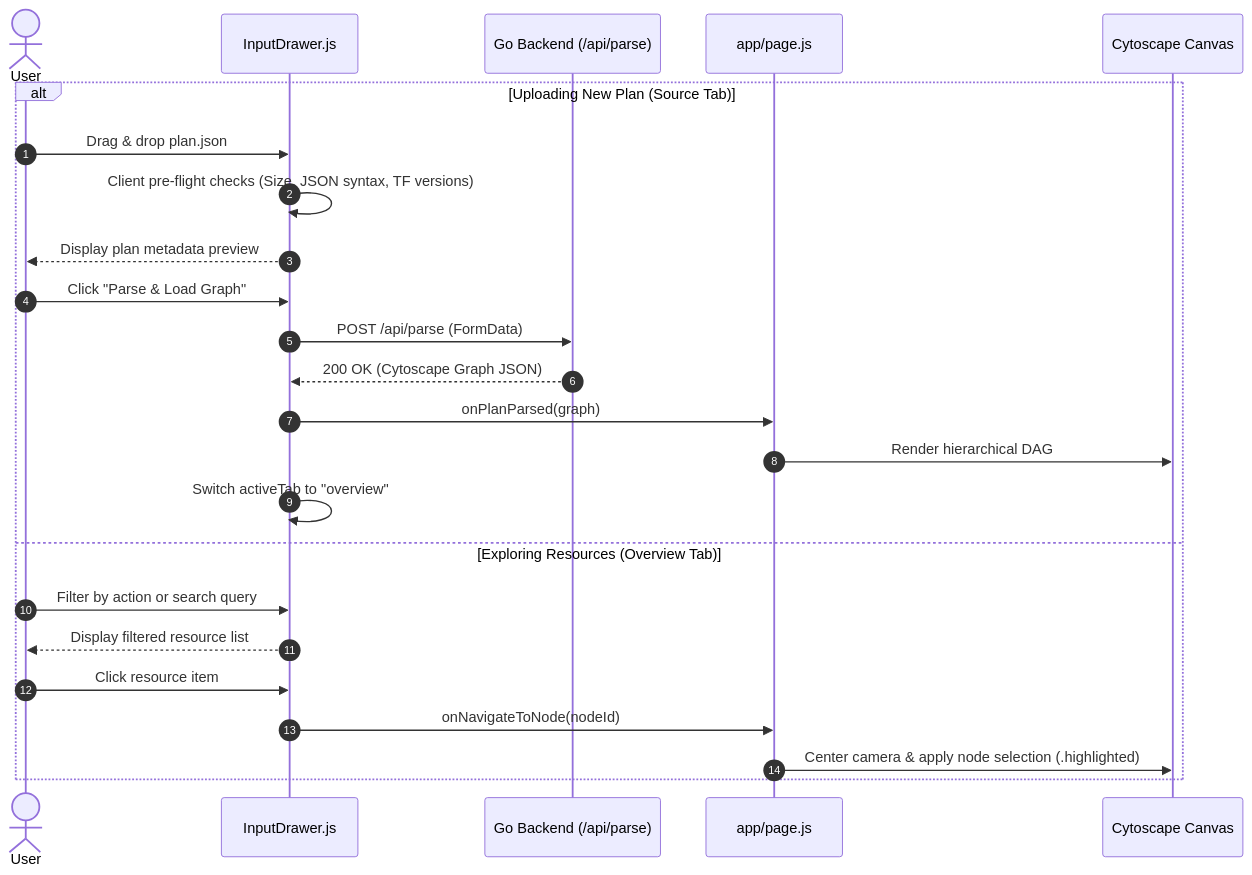
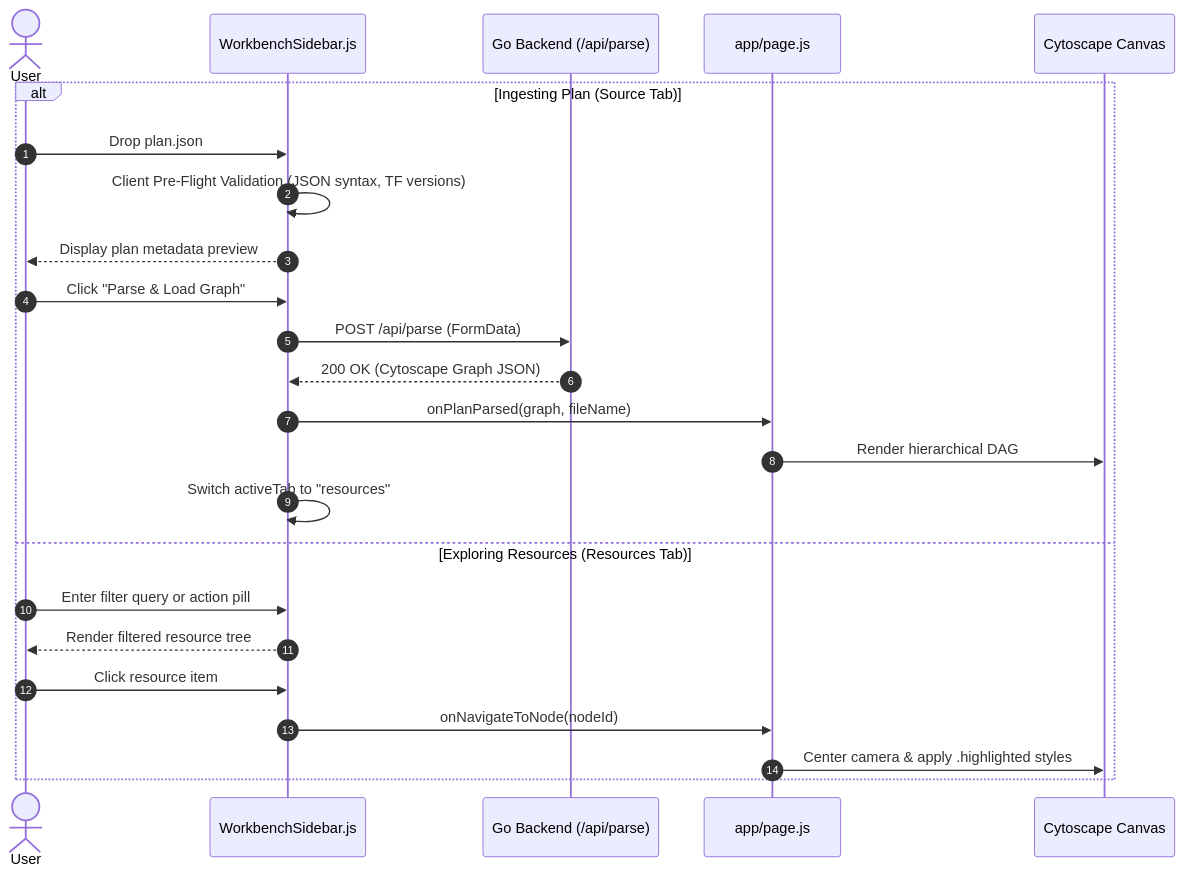
The second of 4 diagrams in ui/components/README.md (AatirNadim/plan-parse), drawn with Mermaid before and after one commit. The commit also changed other lines of this file and 6 other files, not shown here.

First line of the commit message:
refactor: Revamp UI documentation and component architecture for Developer Workbench

````diff
--- a/ui/components/README.md
+++ b/ui/components/README.md
@@ -67,27 +101,27 @@
 ```mermaid
 sequenceDiagram
     autonumber
     actor User
-    participant Drawer as InputDrawer.js
+    participant Sidebar as WorkbenchSidebar.js
     participant Server as Go Backend (/api/parse)
     participant Page as app/page.js
     participant Cy as Cytoscape Canvas
 
-    alt Uploading New Plan (Source Tab)
-        User->>Drawer: Drag & drop plan.json
-        Drawer->>Drawer: Client pre-flight checks (Size, JSON syntax, TF versions)
-        Drawer-->>User: Display plan metadata preview
-        User->>Drawer: Click "Parse & Load Graph"
-        Drawer->>Server: POST /api/parse (FormData)
-        Server-->>Drawer: 200 OK (Cytoscape Graph JSON)
-        Drawer->>Page: onPlanParsed(graph)
+    alt Ingesting Plan (Source Tab)
+        User->>Sidebar: Drop plan.json
+        Sidebar->>Sidebar: Client Pre-Flight Validation (JSON syntax, TF versions)
+        Sidebar-->>User: Display plan metadata preview
+        User->>Sidebar: Click "Parse & Load Graph"
+        Sidebar->>Server: POST /api/parse (FormData)
+        Server-->>Sidebar: 200 OK (Cytoscape Graph JSON)
+        Sidebar->>Page: onPlanParsed(graph, fileName)
         Page->>Cy: Render hierarchical DAG
-        Drawer->>Drawer: Switch activeTab to "overview"
-    else Exploring Resources (Overview Tab)
-        User->>Drawer: Filter by action or search query
-        Drawer-->>User: Display filtered resource list
-        User->>Drawer: Click resource item
-        Drawer->>Page: onNavigateToNode(nodeId)
-        Page->>Cy: Center camera & apply node selection (.highlighted)
+        Sidebar->>Sidebar: Switch activeTab to "resources"
+    else Exploring Resources (Resources Tab)
+        User->>Sidebar: Enter filter query or action pill
+        Sidebar-->>User: Render filtered resource tree
+        User->>Sidebar: Click resource item
+        Sidebar->>Page: onNavigateToNode(nodeId)
+        Page->>Cy: Center camera & apply .highlighted styles
     end
 ```
````
